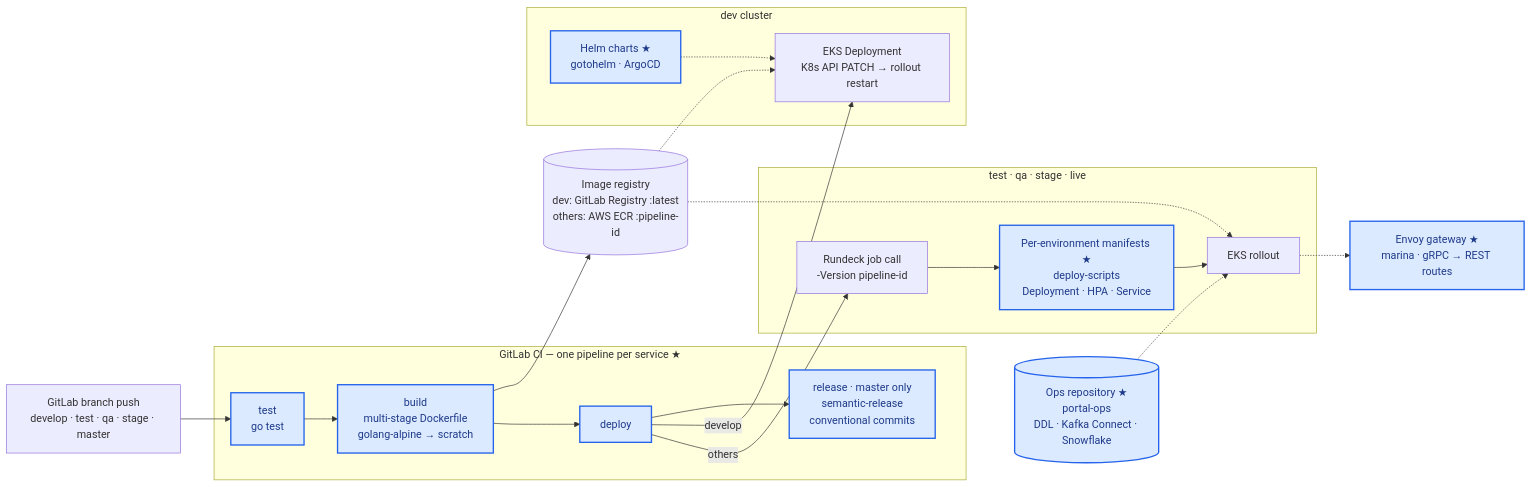
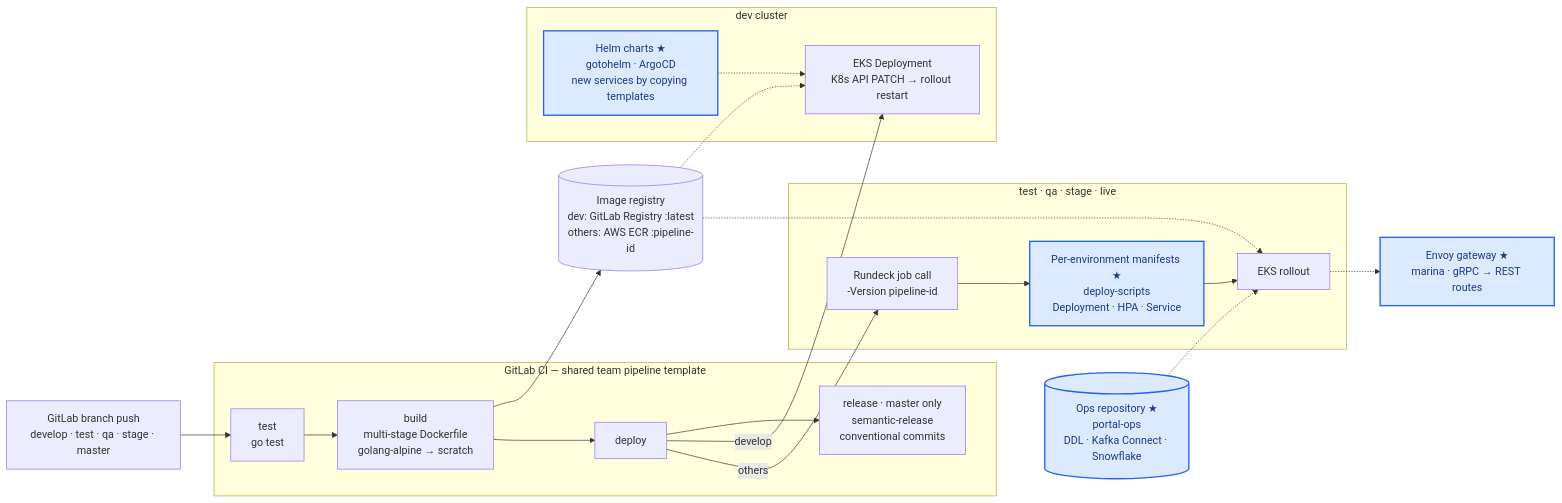
Before and after one commit to shalwxy/career: the diagram in content/diagrams/cicd.en.mmd, drawn with Mermaid. The commit also changed 9 other files, not shown here.

```diff
--- a/content/diagrams/cicd.en.mmd
+++ b/content/diagrams/cicd.en.mmd
@@ -1,32 +1,32 @@
-%% title: CI/CD — from branch push to EKS rollout (★ = config I wrote or maintained)
+%% title: CI/CD — from branch push to EKS rollout (team pipeline · ★ = config I added or maintained by copying existing patterns)
 flowchart LR
     BR[GitLab branch push<br/>develop · test · qa · stage · master]
-    subgraph CI[GitLab CI — one pipeline per service ★]
+    subgraph CI[GitLab CI — shared team pipeline template]
         T[test<br/>go test]
         B[build<br/>multi-stage Dockerfile<br/>golang-alpine → scratch]
         D[deploy]
         R[release · master only<br/>semantic-release<br/>conventional commits]
     end
     REG[(Image registry<br/>dev: GitLab Registry :latest<br/>others: AWS ECR :pipeline-id)]
     subgraph DEV[dev cluster]
-        H[Helm charts ★<br/>gotohelm · ArgoCD]
+        H[Helm charts ★<br/>gotohelm · ArgoCD<br/>new services by copying templates]
         K1[EKS Deployment<br/>K8s API PATCH → rollout restart]
     end
     subgraph OPS[test · qa · stage · live]
         RD[Rundeck job call<br/>-Version pipeline-id]
         M[Per-environment manifests ★<br/>deploy-scripts<br/>Deployment · HPA · Service]
         K2[EKS rollout]
     end
     GW[Envoy gateway ★<br/>marina · gRPC → REST routes]
     OPSREPO[(Ops repository ★<br/>portal-ops<br/>DDL · Kafka Connect · Snowflake)]
     BR --> T --> B --> REG
     B --> D --> R
     D -- develop --> K1
     H -.-> K1
     D -- others --> RD --> M --> K2
     REG -.-> K1
     REG -.-> K2
     K2 -.-> GW
     OPSREPO -.-> K2
     classDef mine fill:#dbeafe,stroke:#2563eb,stroke-width:2px,color:#1e3a8a
-    class T,B,D,R,H,M,GW,OPSREPO mine
+    class H,M,GW,OPSREPO mine
```
